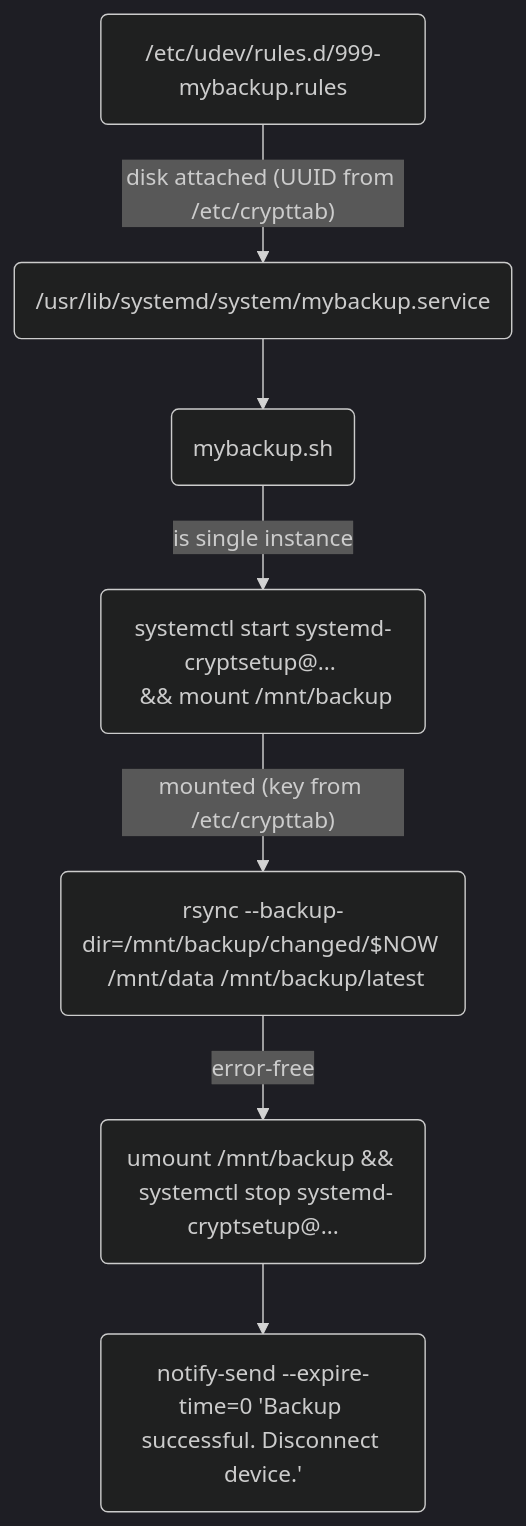
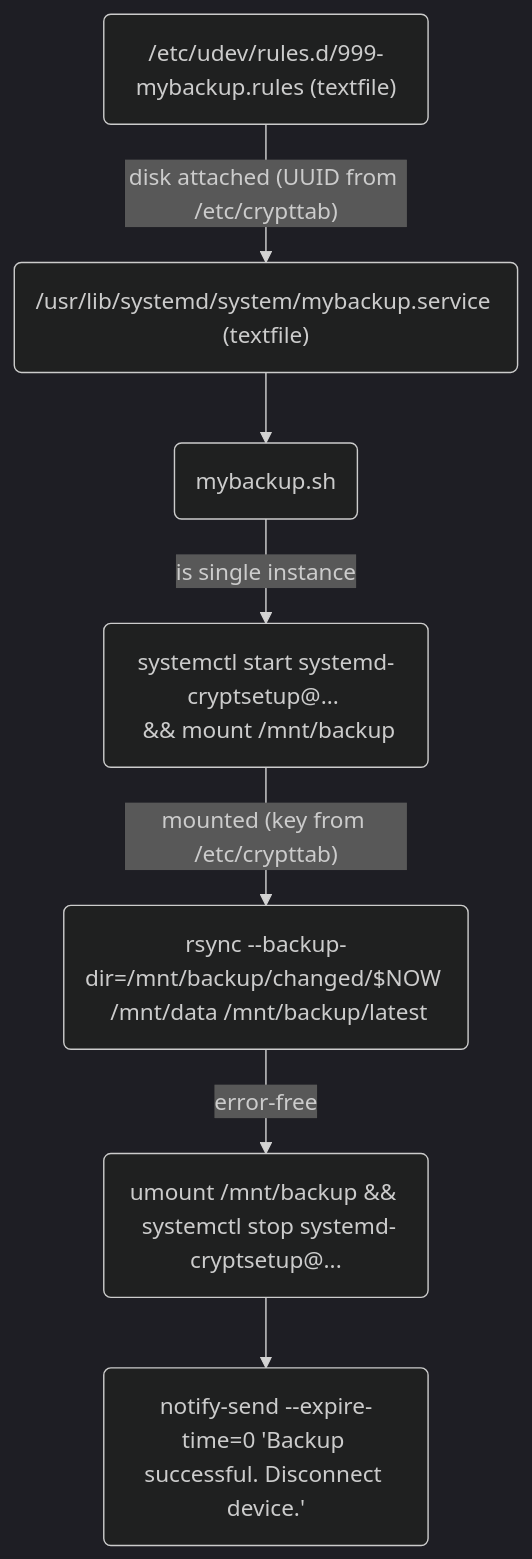
Before and after one commit to andre-st/dotfiles: the diagram in README.md, drawn with Mermaid (dark theme). The commit also changed other lines of this file, not shown here.

````diff
--- a/README.md
+++ b/README.md
@@ -265,18 +268,18 @@
 ```mermaid
 flowchart TD
 
-	udev("/etc/udev/rules.d/999-mybackup.rules")
-	service("/usr/lib/systemd/system/mybackup.service")
+	udev("/etc/udev/rules.d/999-mybackup.rules (textfile)")
+	service("/usr/lib/systemd/system/mybackup.service (textfile)")
 	sh("mybackup.sh")
 	mount("systemctl start systemd-cryptsetup@... <br> && mount /mnt/backup")
 	umount("umount /mnt/backup && <br> systemctl stop systemd-cryptsetup@...")
 	rsync("rsync --backup-dir=/mnt/backup/changed/$NOW <br> /mnt/data /mnt/backup/latest")
 	notify("notify-send --expire-time=0 'Backup successful. Disconnect device.'")
 
 	udev-- "disk attached (UUID from /etc/crypttab)" -->service
 	service-->sh
 	sh-- "is single instance" -->mount
 	mount-- "mounted (key from /etc/crypttab)" -->rsync
 	rsync-- "error-free" -->umount
 	umount-->notify
 ```
````
